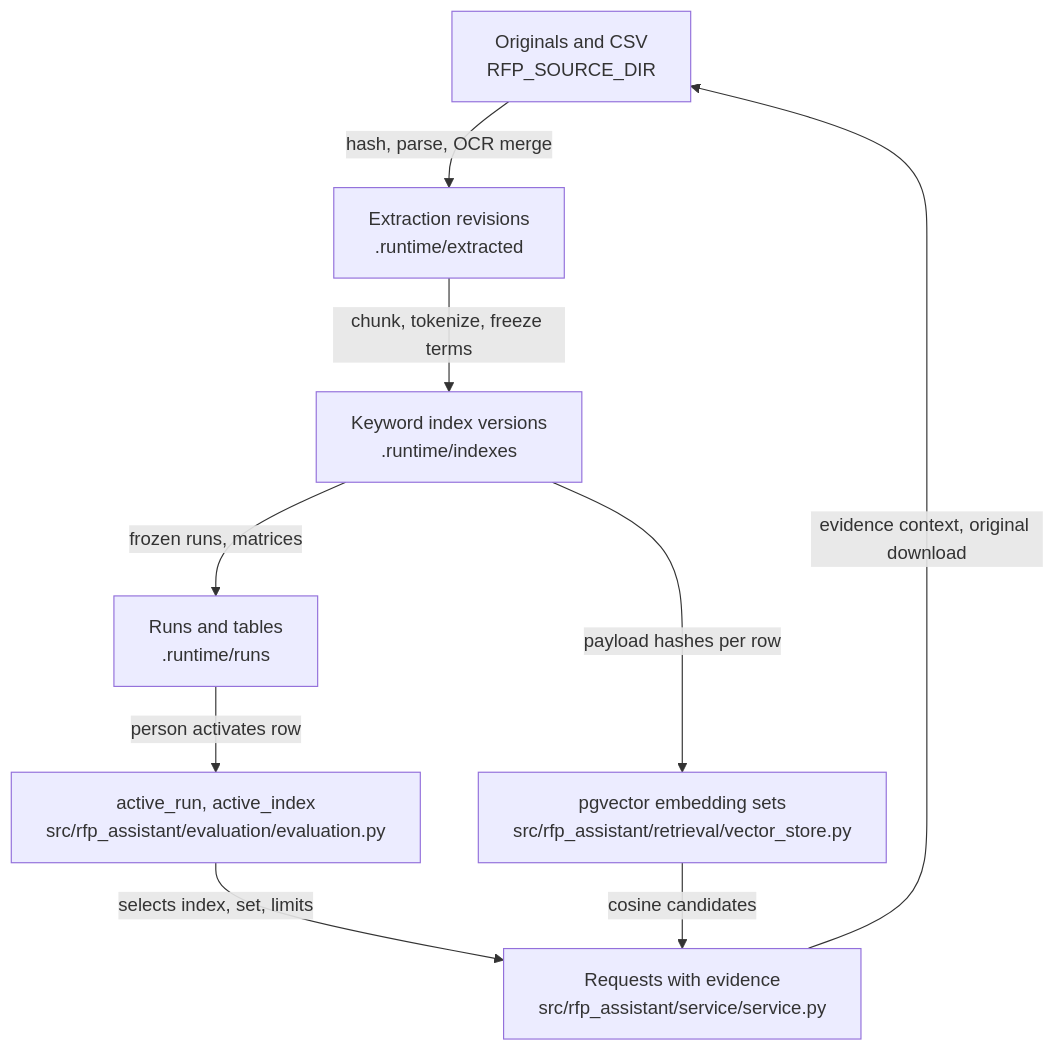
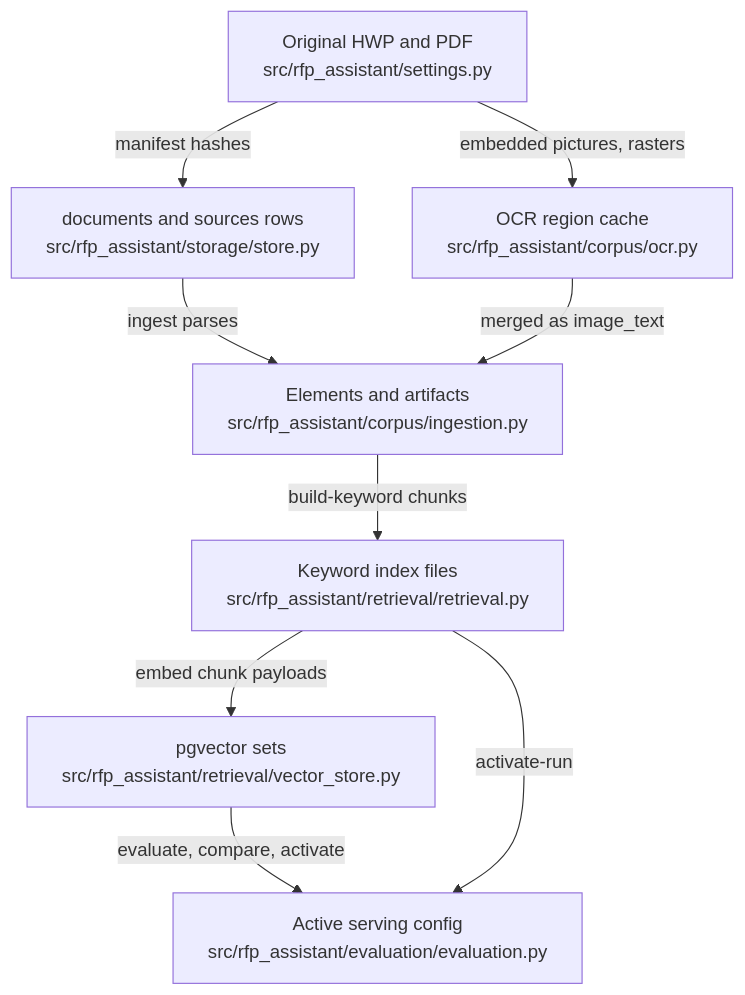
The diagram in .omm/data-flow/diagram.mmd (littleeeeebit/project-codeit-mid), drawn with Mermaid before and after one commit. The commit also changed 405 other files, not shown here.

```diff
--- a/.omm/data-flow/diagram.mmd
+++ b/.omm/data-flow/diagram.mmd
@@ -1,9 +1,9 @@
 graph TD
-  original-files["Originals and CSV\nRFP_SOURCE_DIR"] -->|hash, parse, OCR merge| extraction-artifacts["Extraction revisions\n.runtime/extracted"]
-  extraction-artifacts -->|chunk, tokenize, freeze terms| keyword-index["Keyword index versions\n.runtime/indexes"]
-  keyword-index -->|payload hashes per row| embedding-sets["pgvector embedding sets\nsrc/rfp_assistant/retrieval/vector_store.py"]
-  keyword-index -->|frozen runs, matrices| evaluation-artifacts["Runs and tables\n.runtime/runs"]
-  evaluation-artifacts -->|person activates row| serving-activation["active_run, active_index\nsrc/rfp_assistant/evaluation/evaluation.py"]
-  serving-activation -->|selects index, set, limits| request-records["Requests with evidence\nsrc/rfp_assistant/service/service.py"]
-  embedding-sets -->|cosine candidates| request-records
-  request-records -->|evidence context, original download| original-files
+  original-files["Original HWP and PDF\nsrc/rfp_assistant/settings.py"] -->|"manifest hashes"| source-records["documents and sources rows\nsrc/rfp_assistant/storage/store.py"]
+  original-files -->|"embedded pictures, rasters"| ocr-cache["OCR region cache\nsrc/rfp_assistant/corpus/ocr.py"]
+  source-records -->|"ingest parses"| extraction-artifacts["Elements and artifacts\nsrc/rfp_assistant/corpus/ingestion.py"]
+  ocr-cache -->|"merged as image_text"| extraction-artifacts
+  extraction-artifacts -->|"build-keyword chunks"| keyword-index-files["Keyword index files\nsrc/rfp_assistant/retrieval/retrieval.py"]
+  keyword-index-files -->|"embed chunk payloads"| vector-sets["pgvector sets\nsrc/rfp_assistant/retrieval/vector_store.py"]
+  vector-sets -->|"evaluate, compare, activate"| active-serving["Active serving config\nsrc/rfp_assistant/evaluation/evaluation.py"]
+  keyword-index-files -->|"activate-run"| active-serving
```
